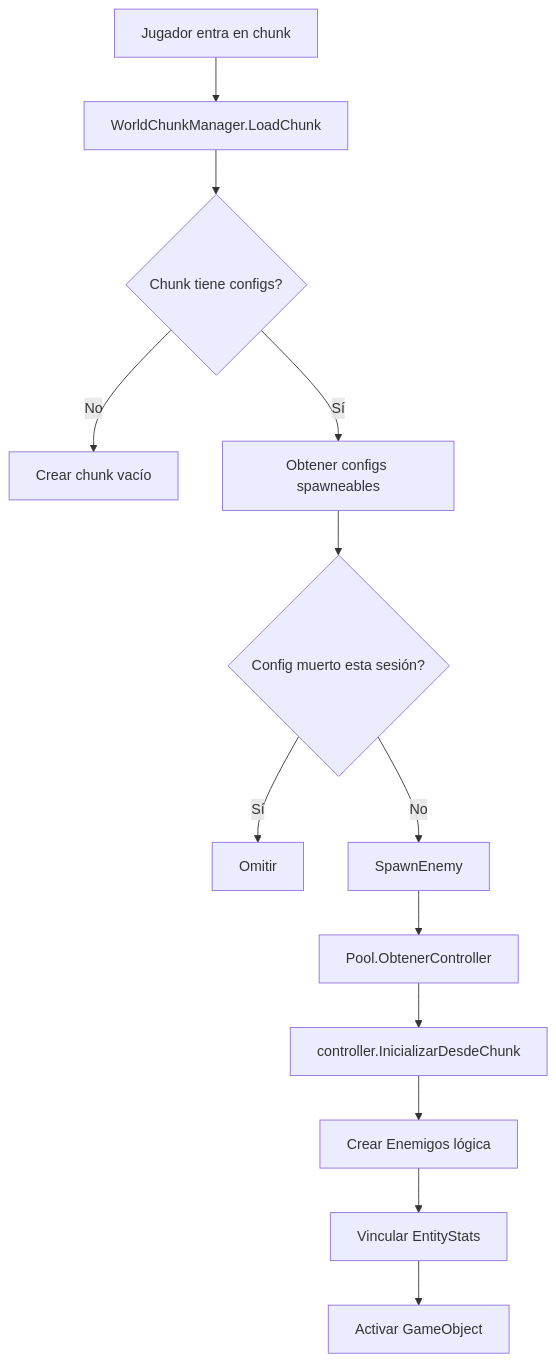
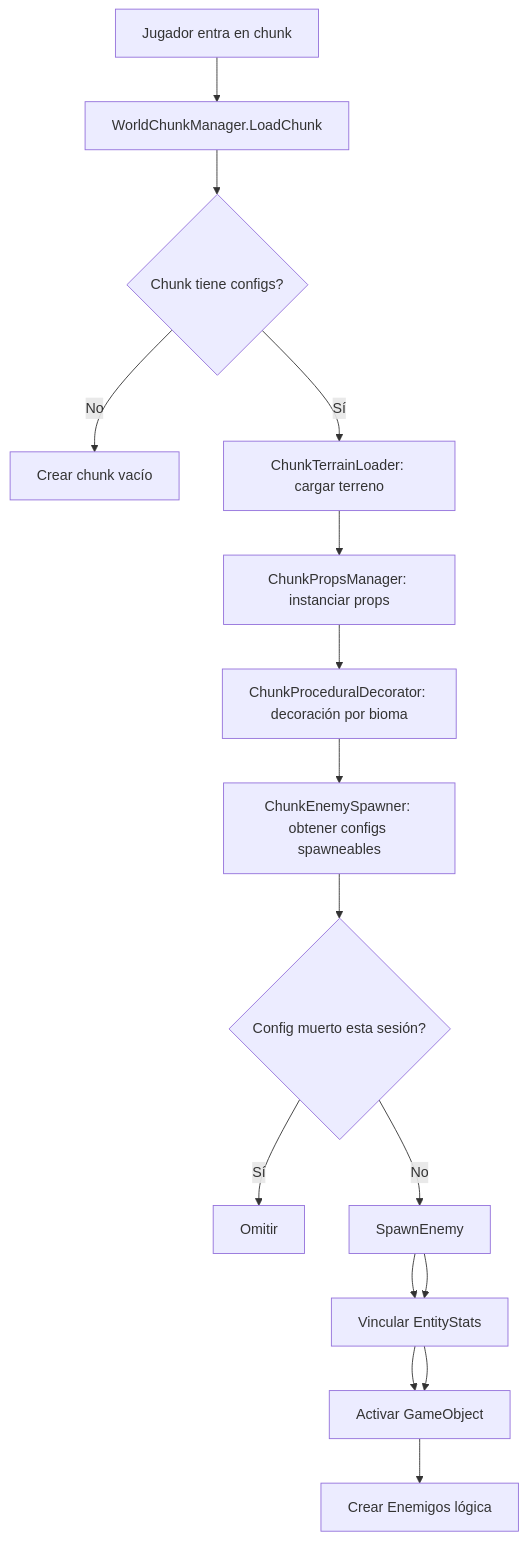
One commit to NaxarenoXNT/Game-creation-Sacisam changed the first of 2 diagrams in Documentation/25_Sistema_Chunks_Enemigos.md. Above: the diagram before and after it, drawn with Mermaid. The commit also changed other lines of this file and 12 other files, not shown here.

Commit message:
se actualizo la documentacion 2,3,4,5,6,7,8,9,10,14,24,25,guia_Chunk y Indice_Enemigos

````diff
--- a/Documentation/25_Sistema_Chunks_Enemigos.md
+++ b/Documentation/25_Sistema_Chunks_Enemigos.md
@@ -69,15 +76,18 @@
 ```mermaid
 graph TD
     A[Jugador entra en chunk] --> B[WorldChunkManager.LoadChunk]
     B --> C{Chunk tiene configs?}
     C -->|No| D[Crear chunk vacío]
-    C -->|Sí| E[Obtener configs spawneables]
-    E --> F{Config muerto esta sesión?}
-    F -->|Sí| G[Omitir]
-    F -->|No| H[SpawnEnemy]
-    H --> I[Pool.ObtenerController]
-    I --> J[controller.InicializarDesdeChunk]
-    J --> K[Crear Enemigos lógica]
+    C -->|Sí| E[ChunkTerrainLoader: cargar terreno]
+    E --> F[ChunkPropsManager: instanciar props]
+    F --> G[ChunkProceduralDecorator: decoración por bioma]
+    G --> H[ChunkEnemySpawner: obtener configs spawneables]
+    H --> I{Config muerto esta sesión?}
+    I -->|Sí| J[Omitir]
+    I -->|No| K[SpawnEnemy]
+    K --> L[Pool.ObtenerController]
+    L --> M[controller.InicializarDesdeChunk]
+    M --> N[Crear Enemigos lógica]
     K --> L[Vincular EntityStats]
     L --> M[Activar GameObject]
 ```
````
